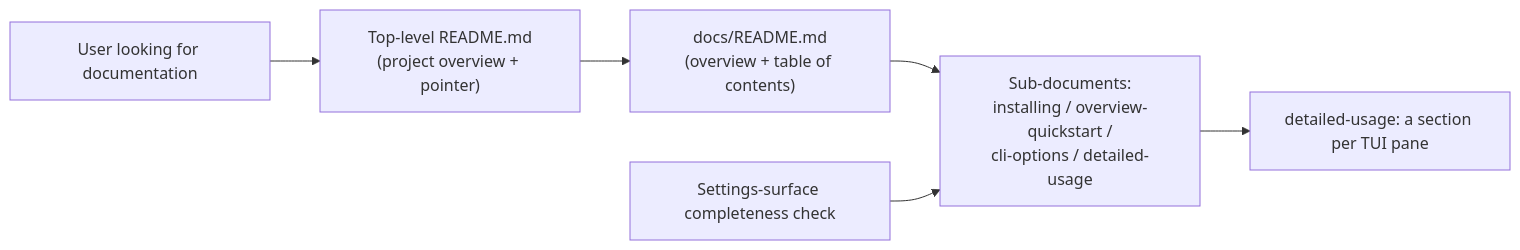
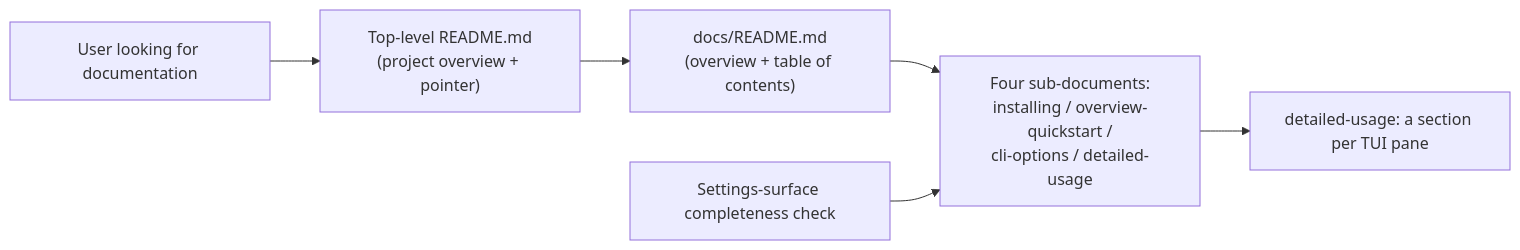
One commit to thewoolleyman/livespec-console-beads-fabro changed the diagram in SPECIFICATION/proposed_changes/user-docs-tree.md. Above: the diagram before and after it, drawn with Mermaid. The commit also changed other lines of this file, not shown here.

````diff
--- a/SPECIFICATION/proposed_changes/user-docs-tree.md
+++ b/SPECIFICATION/proposed_changes/user-docs-tree.md
@@ -90,12 +109,12 @@
 ```mermaid
 flowchart LR
   User["User looking for documentation"]
   Readme["Top-level README.md\n(project overview + pointer)"]
   Index["docs/README.md\n(overview + table of contents)"]
-  Subs["Sub-documents:\ninstalling / overview-quickstart /\ncli-options / detailed-usage"]
+  Subs["Four sub-documents:\ninstalling / overview-quickstart /\ncli-options / detailed-usage"]
   Pane["detailed-usage: a section per TUI pane"]
   Gate["Settings-surface completeness check"]
 
   User --> Readme --> Index --> Subs --> Pane
   Gate --> Subs
 ```
````
